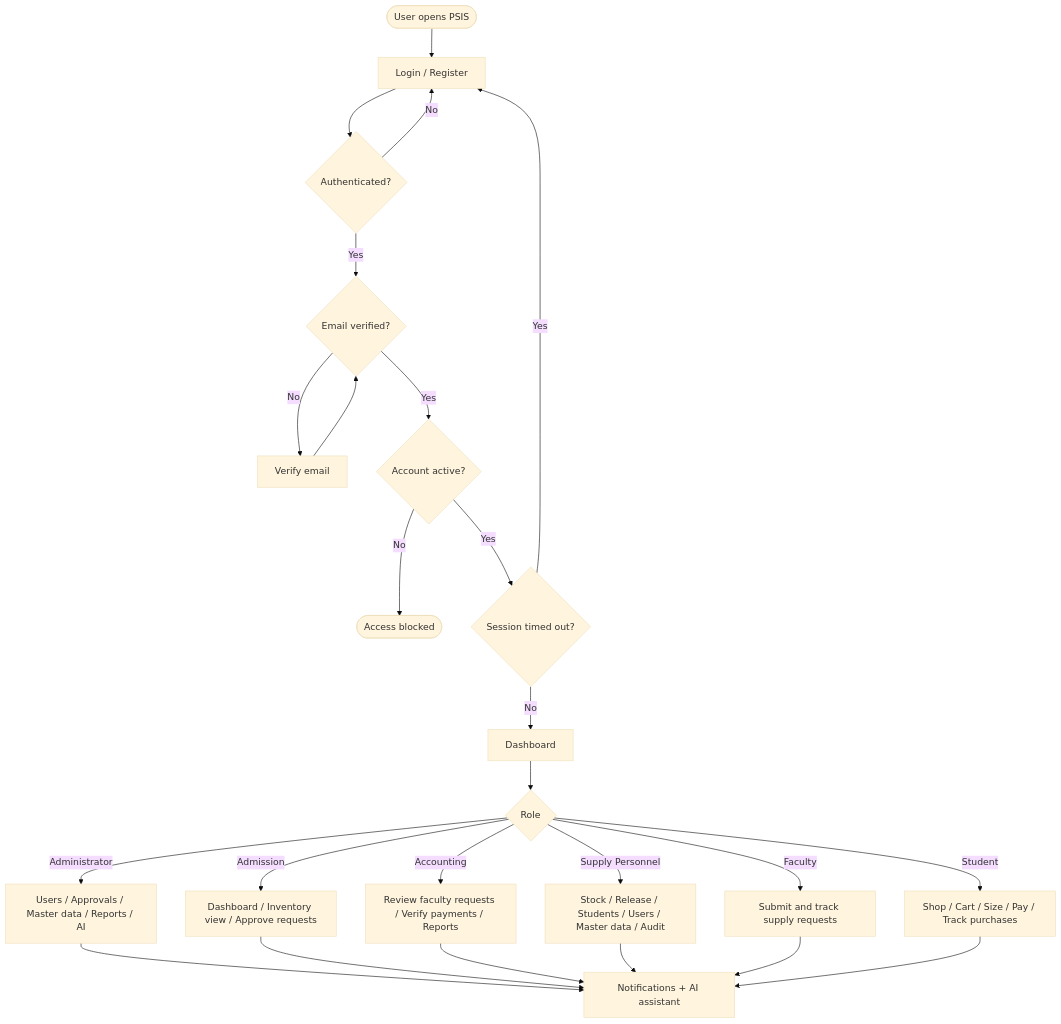
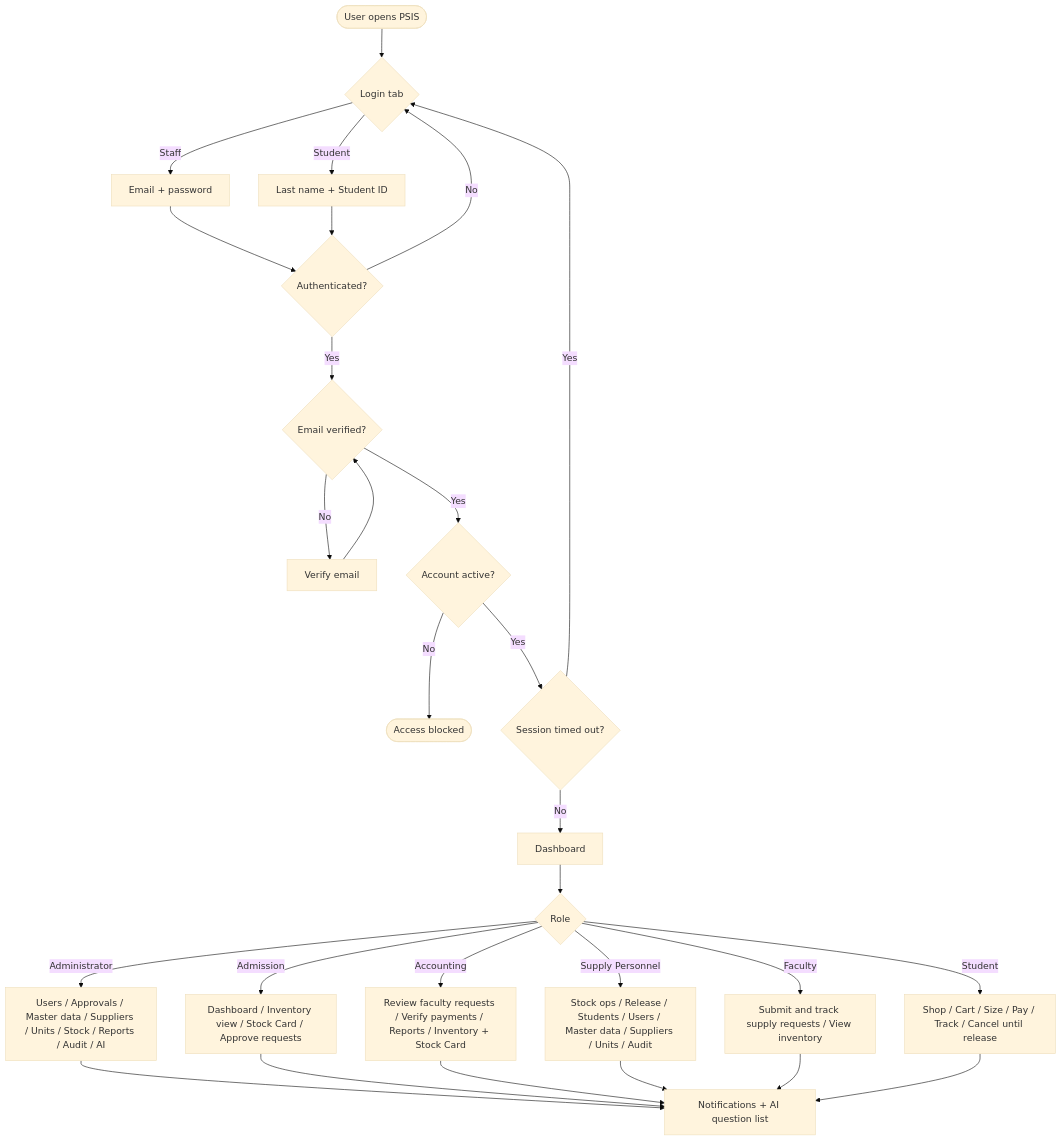
Before and after one commit to rhems95/PECIT-Smart-Inventory-System: the first of 9 diagrams in docs/FLOWCHART.md, drawn with Mermaid (base theme). The commit also changed other lines of this file and 2 other files, not shown here.

First line of the commit message:
Update ER diagram and flowcharts for stock card and suppliers.

````diff
--- a/docs/FLOWCHART.md
+++ b/docs/FLOWCHART.md
@@ -14,29 +16,32 @@
 ```mermaid
 flowchart TD
-    A([User opens PSIS]) --> B[Login / Register]
-    B --> C{Authenticated?}
-    C -->|No| B
-    C -->|Yes| D{Email verified?}
-    D -->|No| E[Verify email]
-    E --> D
-    D -->|Yes| F{Account active?}
-    F -->|No| G([Access blocked])
-    F -->|Yes| H{Session timed out?}
-    H -->|Yes| B
-    H -->|No| I[Dashboard]
+    A([User opens PSIS]) --> B{Login tab}
+    B -->|Staff| C[Email + password]
+    B -->|Student| D[Last name + Student ID]
+    C --> E{Authenticated?}
+    D --> E
+    E -->|No| B
+    E -->|Yes| F{Email verified?}
+    F -->|No| G[Verify email]
+    G --> F
+    F -->|Yes| H{Account active?}
+    H -->|No| I([Access blocked])
+    H -->|Yes| J{Session timed out?}
+    J -->|Yes| B
+    J -->|No| K[Dashboard]
 
-    I --> J{Role}
-    J -->|Administrator| K[Users / Approvals / Master data / Reports / AI]
-    J -->|Admission| K2[Dashboard / Inventory view / Approve requests]
-    J -->|Accounting| L[Review faculty requests / Verify payments / Reports]
-    J -->|Supply Personnel| M[Stock / Release / Students / Users / Master data / Audit]
-    J -->|Faculty| N[Submit and track supply requests]
-    J -->|Student| O[Shop / Cart / Size / Pay / Track purchases]
+    K --> L{Role}
+    L -->|Administrator| M[Users / Approvals / Master data / Suppliers / Units / Stock / Reports / Audit / AI]
+    L -->|Admission| N[Dashboard / Inventory view / Stock Card / Approve requests]
+    L -->|Accounting| O[Review faculty requests / Verify payments / Reports / Inventory + Stock Card]
+    L -->|Supply Personnel| P[Stock ops / Release / Students / Users / Master data / Suppliers / Units / Audit]
+    L -->|Faculty| Q[Submit and track supply requests / View inventory]
+    L -->|Student| R[Shop / Cart / Size / Pay / Track / Cancel until release]
 
-    K --> P[Notifications + AI assistant]
-    K2 --> P
-    L --> P
-    M --> P
-    N --> P
-    O --> P
+    M --> S[Notifications + AI question list]
+    N --> S
+    O --> S
+    P --> S
+    Q --> S
+    R --> S
 ```
````
